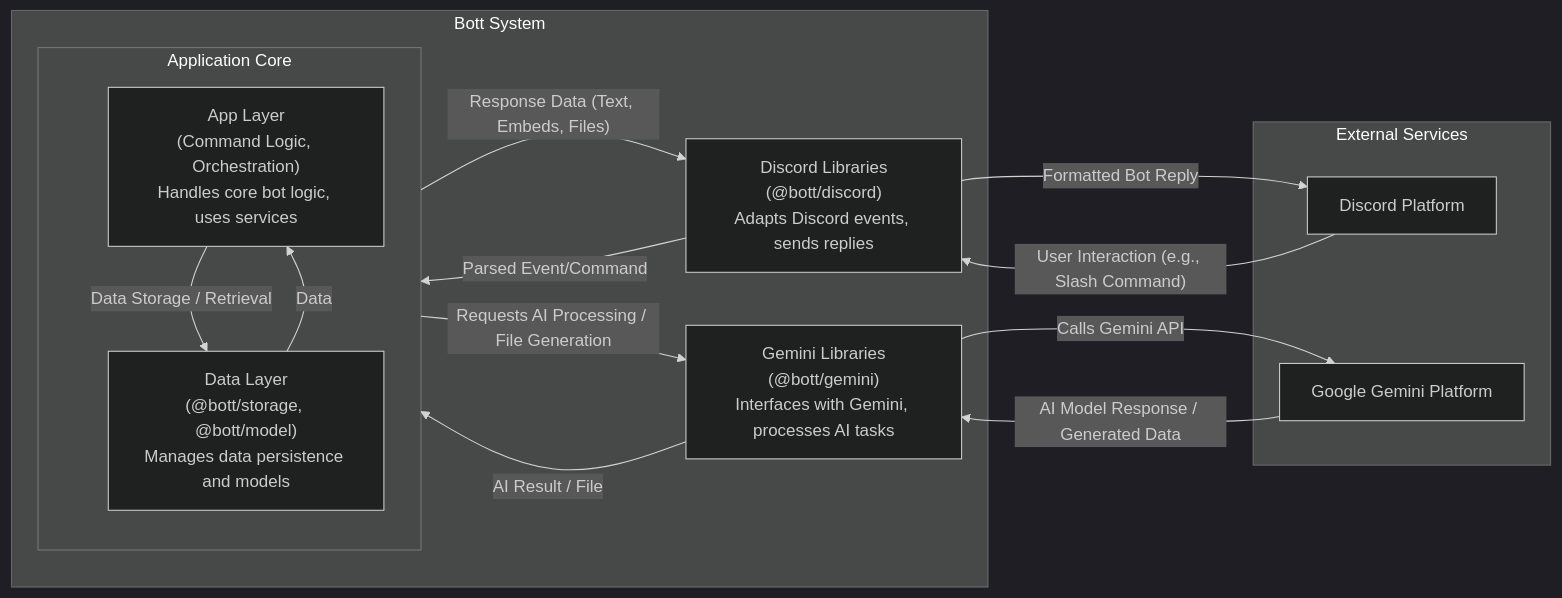
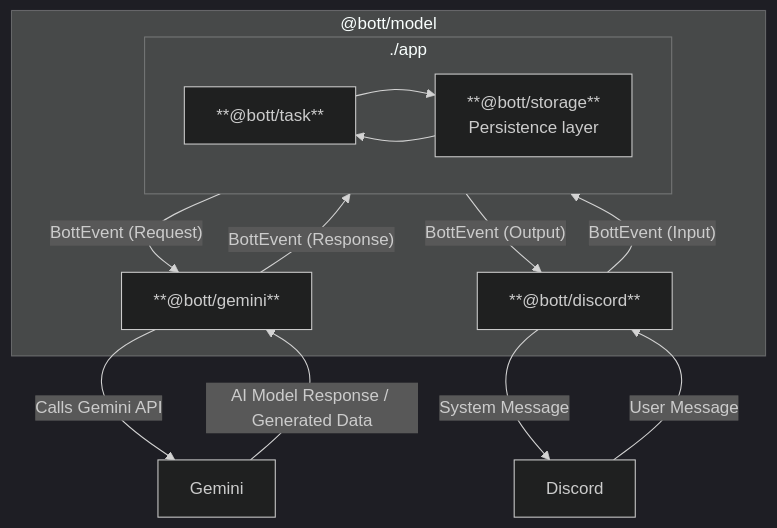
One commit to daniellacosse/Bott changed the diagram in README.md. Above: the diagram before and after it, drawn with Mermaid (dark theme).

Commit message:
clean up diagram somewhat

````diff
--- a/README.md
+++ b/README.md
@@ -76,32 +76,26 @@
 ```mermaid
-graph LR
-  subgraph "External Services"
-    DiscordPlatform["Discord Platform"]
-    GeminiPlatform["Google Gemini Platform"]
-  end
-
-  subgraph "Bott System"
-    BottDiscord["Discord Libraries<br>(@bott/discord)<br>Adapts Discord events, sends replies"]
+graph TD
+  subgraph "@bott/model"
+    BottDiscord["**@bott/discord**"]
     
-    subgraph "Application Core"
-      direction TB
-      BottAppLayer["App Layer<br>(Command Logic, Orchestration)<br>Handles core bot logic, uses services"]
-      BottDataLayer["Data Layer<br>(@bott/storage, @bott/model)<br>Manages data persistence and models"]
+    subgraph App["./app"]
+      BottAppLayer["**@bott/task**"]
+      BottDataLayer["**@bott/storage**<br>Persistence layer"]
       
-      BottAppLayer -- "Data Storage / Retrieval" --> BottDataLayer
-      BottDataLayer -- "Data" --> BottAppLayer
+      BottAppLayer --> BottDataLayer
+      BottDataLayer --> BottAppLayer
     end
     
-    BottGemini["Gemini Libraries<br>(@bott/gemini)<br>Interfaces with Gemini, processes AI tasks"]
+    BottGemini["**@bott/gemini**"]
   end
 
   %% Flow from Discord User to Bot and back
-  DiscordPlatform -- "User Interaction (e.g., Slash Command)" --> BottDiscord
-  BottDiscord -- "Parsed Event/Command" --> BottAppLayer
-  BottAppLayer -- "Requests AI Processing / File Generation" --> BottGemini
-  BottGemini -- "Calls Gemini API" --> GeminiPlatform
-  GeminiPlatform -- "AI Model Response / Generated Data" --> BottGemini
-  BottGemini -- "AI Result / File" --> BottAppLayer
-  BottAppLayer -- "Response Data (Text, Embeds, Files)" --> BottDiscord
-  BottDiscord -- "Formatted Bot Reply" --> DiscordPlatform
+  Discord -- "User Message" --> BottDiscord
+  BottDiscord -- "BottEvent (Input)" --> App
+  App -- "BottEvent (Request)" --> BottGemini
+  BottGemini -- "Calls Gemini API" --> Gemini
+  Gemini -- "AI Model Response / Generated Data" --> BottGemini
+  BottGemini -- "BottEvent (Response)" --> App
+  App -- "BottEvent (Output)" --> BottDiscord
+  BottDiscord -- "System Message" --> Discord
 ```
````
